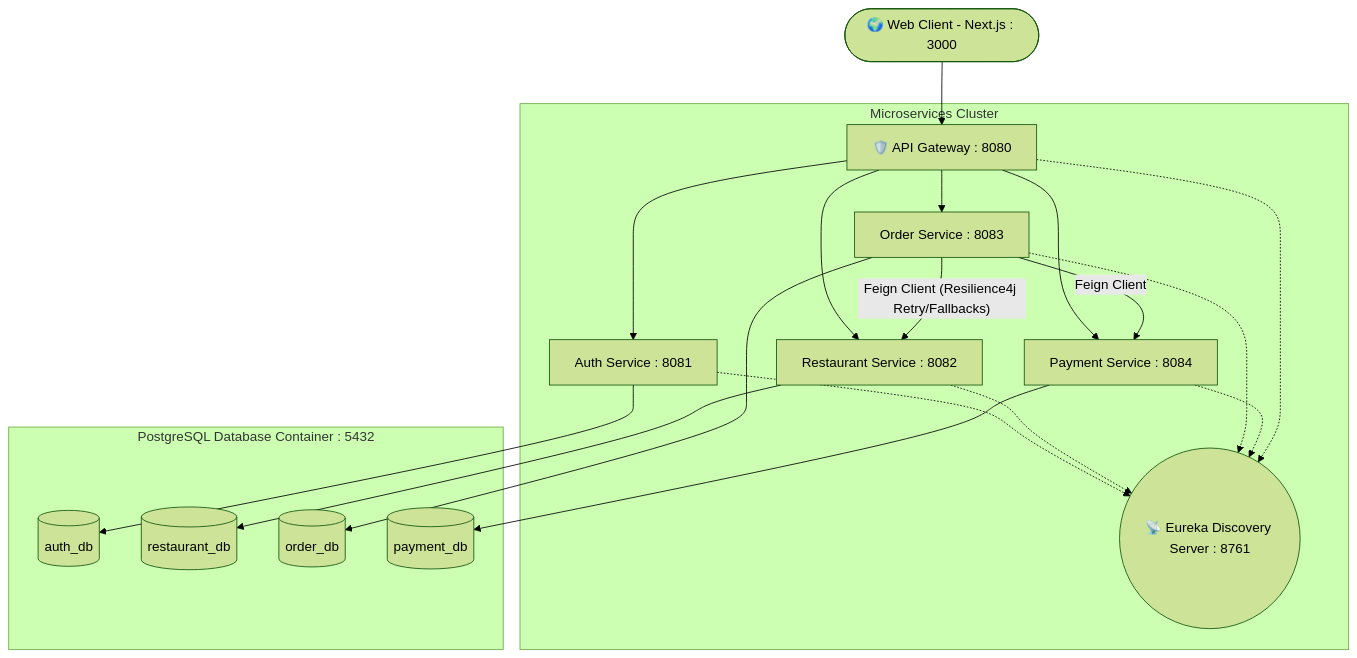
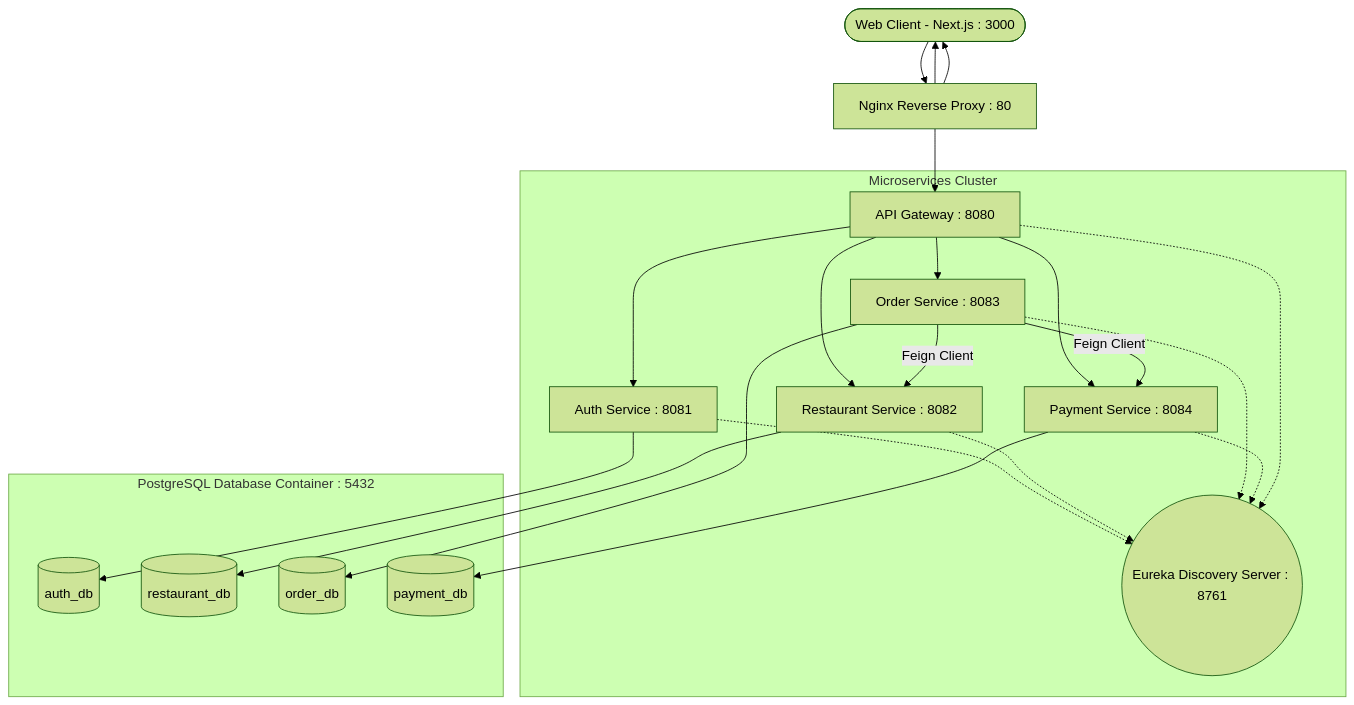
One commit to tejasc1067/food-delivery-microservices changed the diagram in README.md. Above: the diagram before and after it, drawn with Mermaid (forest theme). The commit also changed other lines of this file and 6 other files, not shown here.

Commit message:
Resolve SQL errors, optimize restaurant discovery API

````diff
--- a/README.md
+++ b/README.md
@@ -9,29 +9,30 @@
 ```mermaid
 graph TD;
-    Client([🌍 Web Client - Next.js : 3000]) --> Gateway[🛡️ API Gateway : 8080];
+    Client([Web Client - Next.js : 3000]) --> Nginx[Nginx Reverse Proxy : 80];
+    Nginx --> Client;
+    Nginx --> Gateway[API Gateway : 8080];
+    Nginx --> Client;
     
     subgraph Microservices Cluster
         Gateway --> Auth[Auth Service : 8081];
         Gateway --> Rest[Restaurant Service : 8082];
         Gateway --> Order[Order Service : 8083];
         Gateway --> Pay[Payment Service : 8084];
         
-        %% Service Discovery
-        Auth -.-> Eureka((📡 Eureka Discovery Server : 8761));
+        Auth -.-> Eureka((Eureka Discovery Server : 8761));
         Rest -.-> Eureka;
         Order -.-> Eureka;
         Pay -.-> Eureka;
         Gateway -.-> Eureka;
         
-        %% Inter-service communication
-        Order -- "Feign Client (Resilience4j Retry/Fallbacks)" --> Rest;
+        Order -- "Feign Client" --> Rest;
         Order -- "Feign Client" --> Pay;
     end
     
     subgraph PostgreSQL Database Container : 5432
         Auth --> AuthDB[(auth_db)];
         Rest --> RestDB[(restaurant_db)];
         Order --> OrderDB[(order_db)];
         Pay --> PayDB[(payment_db)];
     end
 ```
````
